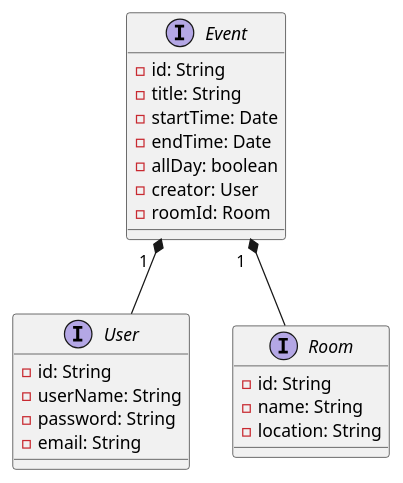
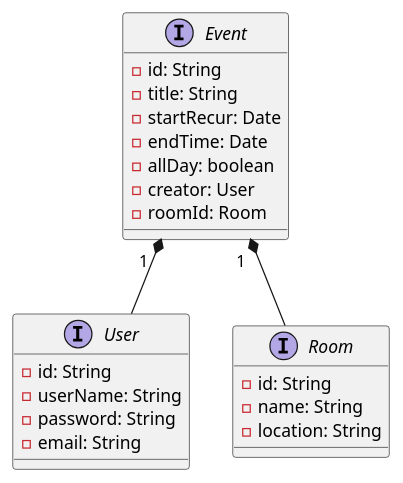
Before and after one commit to NichtEuler/calendar: the diagram in UML/datastructure.wsd, drawn with PlantUML. The commit also changed 7 other files, not shown here.

```diff
--- a/UML/datastructure.wsd
+++ b/UML/datastructure.wsd
@@ -1,32 +1,32 @@
 @startuml
 
 Event "1  " *-- User
 Event "1  " *-- Room 
 
 interface User{
     -id: String
     -userName: String
     -password: String
     -email: String
 }
 
 interface Room{
     -id: String
     -name: String
     -location: String
 }
 
 interface Event{
     -id: String
     -title: String
     ' -daysOfWeek: number
-    -startTime: Date
+    -startRecur: Date
     -endTime: Date
     ' -isRecur: boolean
     ' -startRecur: Date
     ' -endRecur: Date
     -allDay: boolean
     -creator: User
     -roomId: Room
 }
 @enduml
```
